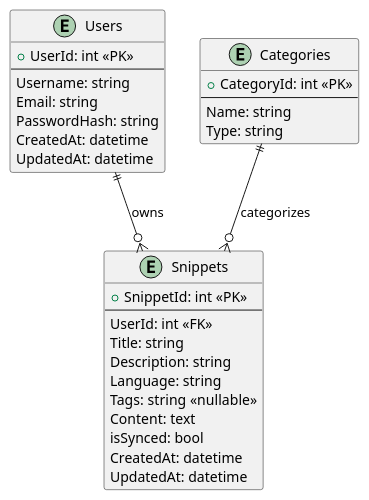
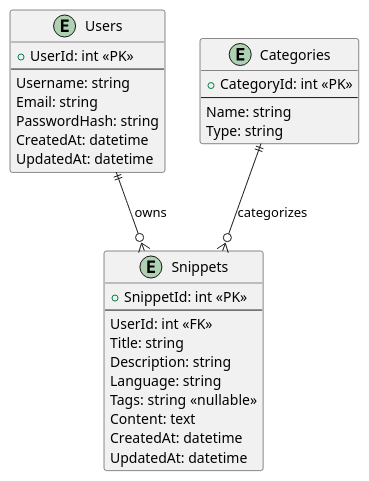
One commit to Alexandre-Scebba/CodexSnippetManager changed the diagram in SnippetManager/db.puml. Above: the diagram before and after it, drawn with PlantUML. The commit also changed 3 other files, not shown here.

```diff
--- a/SnippetManager/db.puml
+++ b/SnippetManager/db.puml
@@ -1,37 +1,36 @@
 @startuml
 
 entity Users {
   +UserId: int <<PK>>
   --
   Username: string
   Email: string
   PasswordHash: string
   CreatedAt: datetime
   UpdatedAt: datetime
 }
 
 entity Snippets {
   +SnippetId: int <<PK>>
   --
   UserId: int <<FK>>
   Title: string
   Description: string
   Language: string
   Tags: string <<nullable>>
   Content: text
-  isSynced: bool
   CreatedAt: datetime
   UpdatedAt: datetime
 }
 
 entity Categories {
   +CategoryId: int <<PK>>
   --
   Name: string
   Type: string
 }
 
 Users ||--o{ Snippets : owns
 Categories ||--o{ Snippets : categorizes
 
 @enduml
```
